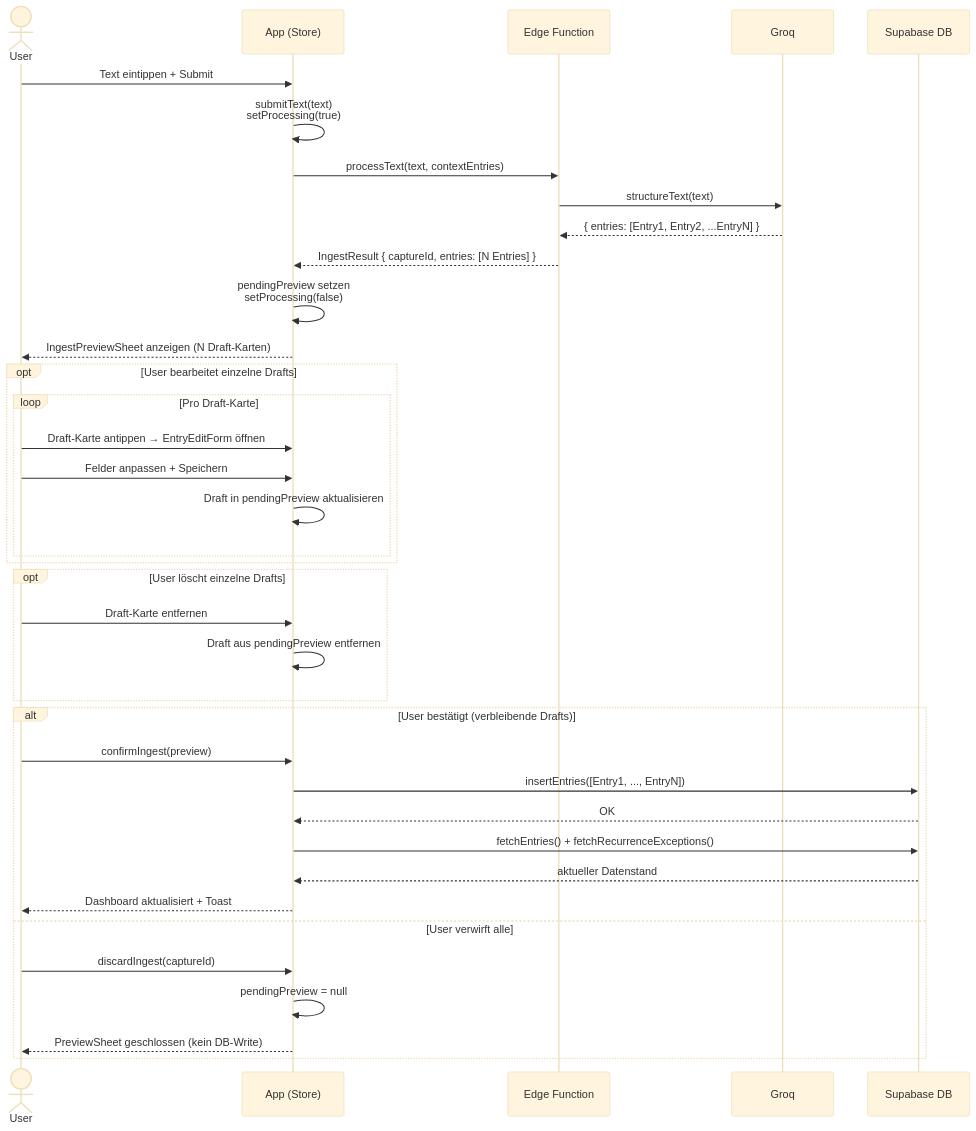
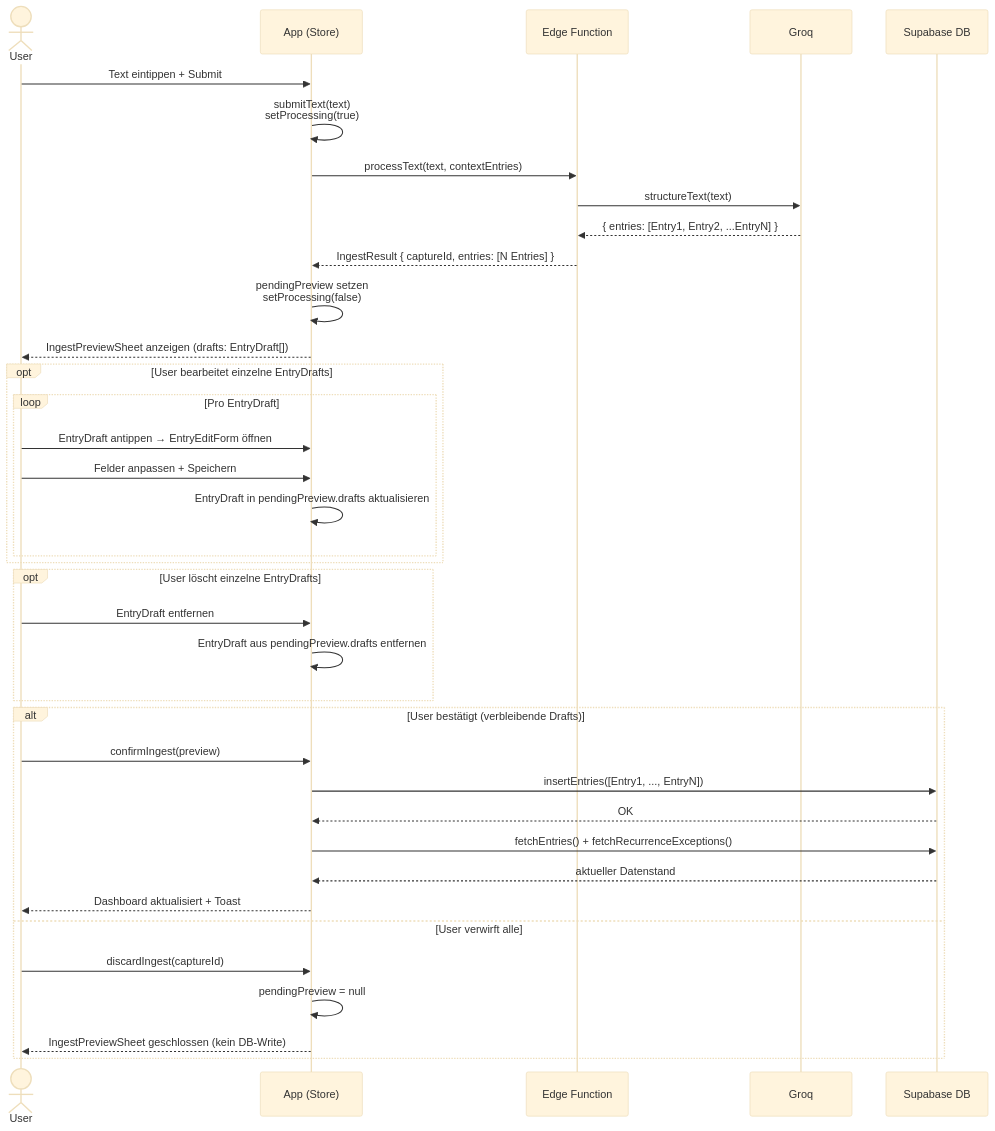
The diagram in docs/DIAGRAMS/dump-flow-b.md (mrLevvis/braindump-pwa), drawn with Mermaid (base theme) before and after one commit. The commit also changed other lines of this file and 2 other files, not shown here.

Commit message:
docs(diagrams): Terminologie an Codebase-Begriffe angeglichen
- "Draft" / "Draft-Karte" → EntryDraft (Typ aus BrainDump.ts)
- "drafts" / "pendingPreview.drafts" statt freier Umschreibungen
- "PreviewSheet" → immer IngestPreviewSheet (vollständiger Name)
- "User prüft strukturierte Entwürfe" → (pendingPreview: IngestPreview)

````diff
--- a/docs/DIAGRAMS/dump-flow-b.md
+++ b/docs/DIAGRAMS/dump-flow-b.md
@@ -17,43 +17,43 @@
 ```mermaid
 sequenceDiagram
     actor User
     participant App as App (Store)
     participant EdgeFn as Edge Function
     participant Groq
     participant DB as Supabase DB
 
     User->>App: Text eintippen + Submit
     App->>App: submitText(text)<br/>setProcessing(true)
     App->>EdgeFn: processText(text, contextEntries)
     EdgeFn->>Groq: structureText(text)
     Groq-->>EdgeFn: { entries: [Entry1, Entry2, ...EntryN] }
     EdgeFn-->>App: IngestResult { captureId, entries: [N Entries] }
     App->>App: pendingPreview setzen<br/>setProcessing(false)
-    App-->>User: IngestPreviewSheet anzeigen (N Draft-Karten)
+    App-->>User: IngestPreviewSheet anzeigen (drafts: EntryDraft[])
 
-    opt User bearbeitet einzelne Drafts
-        loop Pro Draft-Karte
-            User->>App: Draft-Karte antippen → EntryEditForm öffnen
+    opt User bearbeitet einzelne EntryDrafts
+        loop Pro EntryDraft
+            User->>App: EntryDraft antippen → EntryEditForm öffnen
             User->>App: Felder anpassen + Speichern
-            App->>App: Draft in pendingPreview aktualisieren
+            App->>App: EntryDraft in pendingPreview.drafts aktualisieren
         end
     end
 
-    opt User löscht einzelne Drafts
-        User->>App: Draft-Karte entfernen
-        App->>App: Draft aus pendingPreview entfernen
+    opt User löscht einzelne EntryDrafts
+        User->>App: EntryDraft entfernen
+        App->>App: EntryDraft aus pendingPreview.drafts entfernen
     end
 
     alt User bestätigt (verbleibende Drafts)
         User->>App: confirmIngest(preview)
         App->>DB: insertEntries([Entry1, ..., EntryN])
         DB-->>App: OK
         App->>DB: fetchEntries() + fetchRecurrenceExceptions()
         DB-->>App: aktueller Datenstand
         App-->>User: Dashboard aktualisiert + Toast
     else User verwirft alle
         User->>App: discardIngest(captureId)
         App->>App: pendingPreview = null
-        App-->>User: PreviewSheet geschlossen (kein DB-Write)
+        App-->>User: IngestPreviewSheet geschlossen (kein DB-Write)
     end
 ```
````
